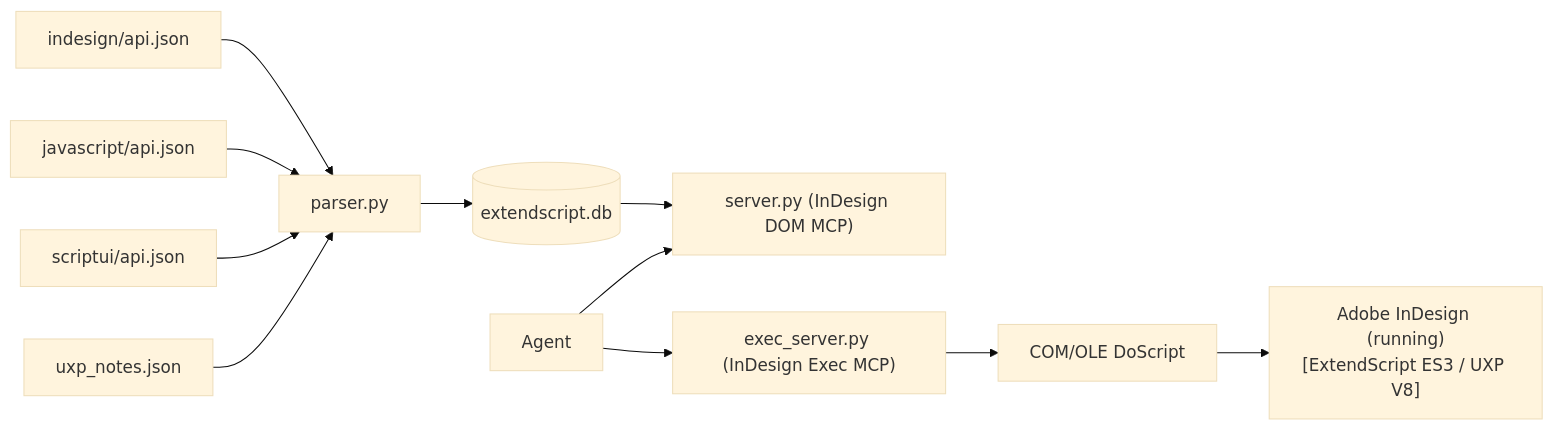
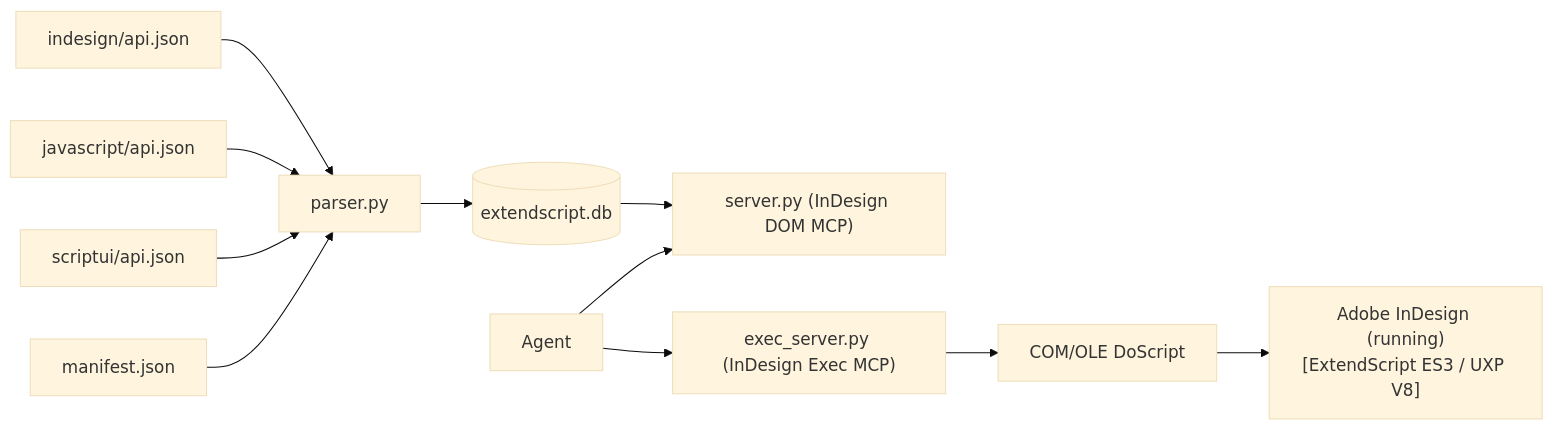
The diagram in docs/architecture.md (MoebiusSt/indesign-scripting-mcp), drawn with Mermaid (base theme) before and after one commit. The commit also changed other lines of this file and 10 other files, not shown here.

First line of the commit message:
Switch to indesignjs.de api.json format 2 and manifest.json

````diff
--- a/docs/architecture.md
+++ b/docs/architecture.md
@@ -7,13 +7,13 @@
 ```mermaid
 flowchart LR
   DOM_JSON["indesign/api.json"] --> Parser[parser.py]
   JS_JSON["javascript/api.json"] --> Parser
   SUI_JSON["scriptui/api.json"] --> Parser
-  UXP_NOTES[uxp_notes.json] --> Parser
+  MANIFEST["manifest.json"] --> Parser
   Parser --> SQLite[(extendscript.db)]
   SQLite --> DomServer["server.py (InDesign DOM MCP)"]
   Agent[Agent] --> DomServer
   Agent --> ExecServer["exec_server.py (InDesign Exec MCP)"]
   ExecServer --> COM[COM/OLE DoScript]
   COM --> InDesign["Adobe InDesign (running)\n[ExtendScript ES3 / UXP V8]"]
 ```
````
